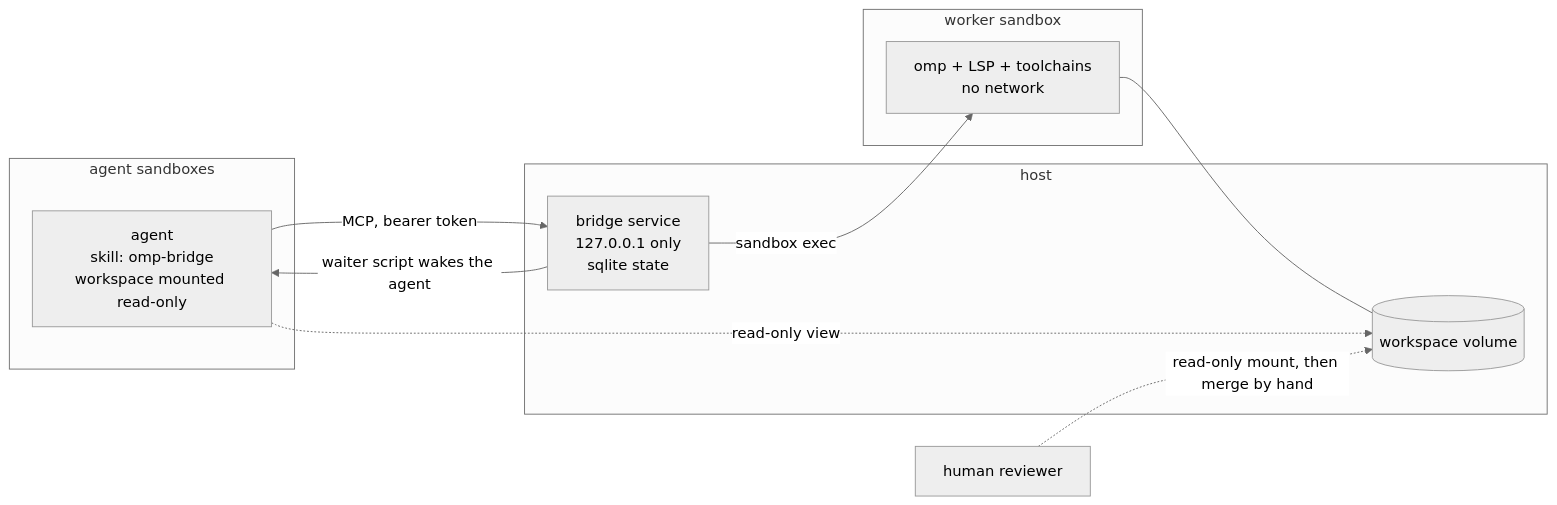
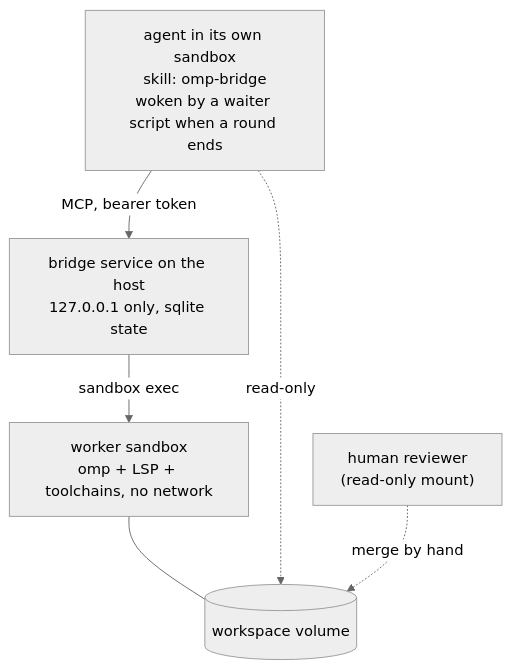
The diagram in docs/architecture.md (sambegui/sandboxed-delegation), drawn with Mermaid (neutral theme) before and after one commit. The commit also changed 1 other file, not shown here.

Commit message:
Docs: lay out the diagrams top-down so no labels overlap

````diff
--- a/docs/architecture.md
+++ b/docs/architecture.md
@@ -6,19 +6,13 @@
 ```mermaid
-flowchart LR
-  subgraph cells["agent sandboxes"]
-    A["agent<br/>skill: omp-bridge<br/>workspace mounted read-only"]
-  end
-  subgraph host["host"]
-    B["bridge service<br/>127.0.0.1 only<br/>sqlite state"]
-    W[("workspace volume")]
-  end
-  subgraph worker["worker sandbox"]
-    S["omp + LSP + toolchains<br/>no network"]
-  end
-  A -- "MCP, bearer token" --> B
-  B -- "sandbox exec" --> S
+flowchart TB
+  A["agent in its own sandbox<br/>skill: omp-bridge<br/>woken by a waiter script when a round ends"]
+  B["bridge service on the host<br/>127.0.0.1 only, sqlite state"]
+  S["worker sandbox<br/>omp + LSP + toolchains, no network"]
+  W[("workspace volume")]
+  H["human reviewer<br/>(read-only mount)"]
+  A -->|"MCP, bearer token"| B
+  B -->|"sandbox exec"| S
   S --- W
-  A -. "read-only view" .-> W
-  B -- "waiter script wakes the agent" --> A
-  H["human reviewer"] -. "read-only mount, then merge by hand" .-> W
+  A -.->|"read-only"| W
+  H -.->|"merge by hand"| W
 ```
````
